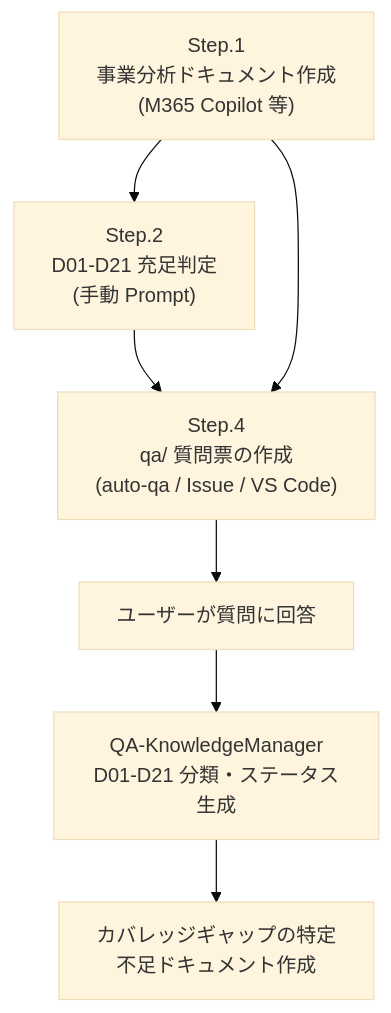
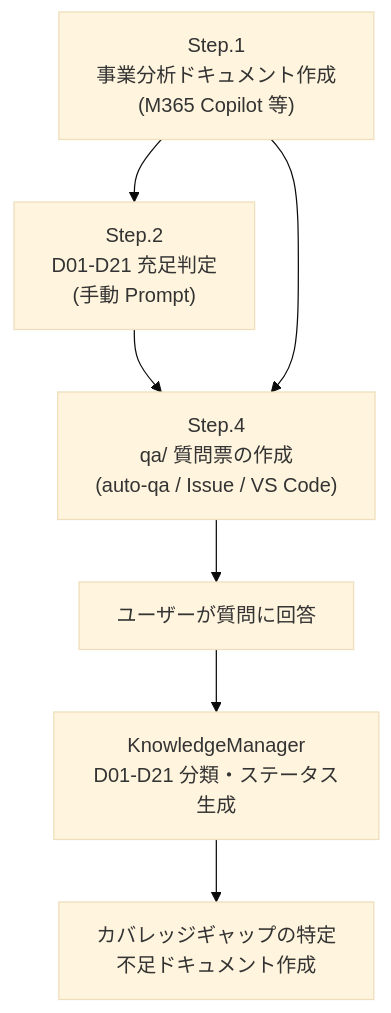
Before and after one commit to dahatake/HypervelocityEngineering: the diagram in users-guide/01-Business-Requirement.md, drawn with Mermaid (base theme). The commit also changed other lines of this file and 88 other files, not shown here.

````diff
--- a/users-guide/01-Business-Requirement.md
+++ b/users-guide/01-Business-Requirement.md
@@ -941,9 +941,9 @@
 ```mermaid
 flowchart TD
     A["Step.1<br/>事業分析ドキュメント作成<br/>(M365 Copilot 等)"] --> B["Step.2<br/>D01-D21 充足判定<br/>(手動 Prompt)"]
     B --> C["Step.4<br/>qa/ 質問票の作成<br/>(auto-qa / Issue / VS Code)"]
     A --> C
     C --> D["ユーザーが質問に回答"]
-    D --> E["QA-KnowledgeManager<br/>D01-D21 分類・ステータス生成"]
+    D --> E["KnowledgeManager<br/>D01-D21 分類・ステータス生成"]
     E --> F["カバレッジギャップの特定<br/>不足ドキュメント作成"]
 ```
````
